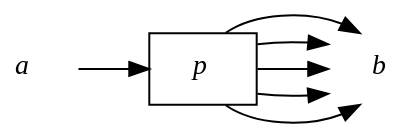
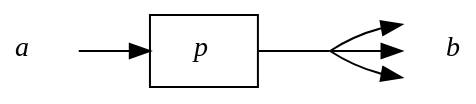
Before and after one commit to ruHaskell/ruhaskell: the diagram in files/posts/2018-01-18/unstable.dot, drawn with Graphviz. The commit also changed 3 other files, not shown here.

Commit message:
Fix diagrams for unstable and many

```diff
--- a/files/posts/2018-01-18/unstable.dot
+++ b/files/posts/2018-01-18/unstable.dot
@@ -1,17 +1,17 @@
 digraph {
     bgcolor=transparent;
     rankdir=LR;
 
     node [shape=none];
 
     a [label=<<i>a</i>>];
     b [label=<<i>b</i>>];
     p [label=<<i>p</i>>, shape=box];
+    pOut [shape=point, width=0.001];
 
-    a -> p;
-    p -> b;
-    p -> b;
-    p -> b;
-    p -> b;
-    p -> b;
+    a       -> p;
+    p       -> pOut [dir=none];
+    pOut    -> b    [tailport=e];
+    pOut    -> b    [tailport=e];
+    pOut    -> b    [tailport=e];
 }
```
